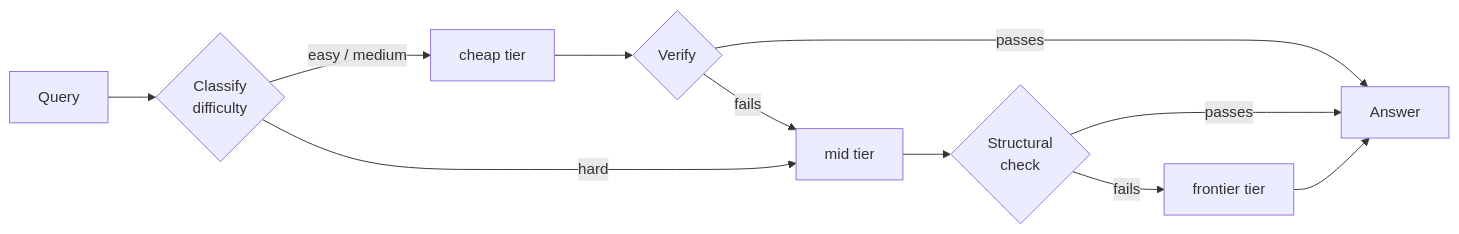
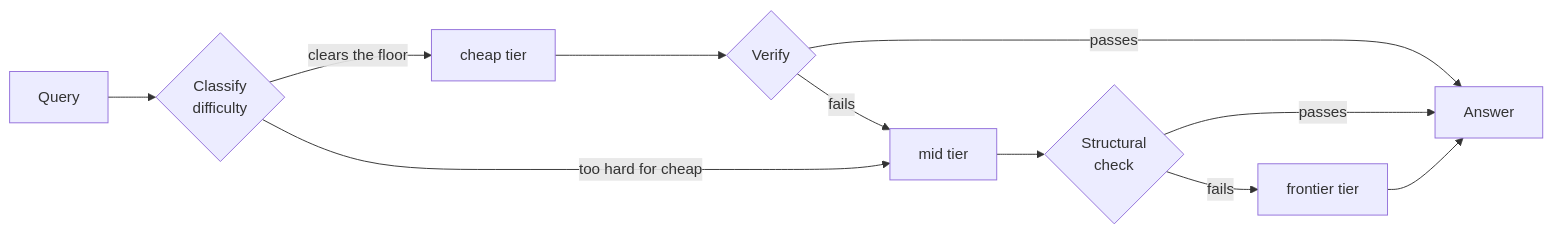
The first of 2 diagrams in README.md (AnshumanDas001/llm-router), drawn with Mermaid before and after one commit. The commit also changed other lines of this file and 9 other files, not shown here.

````diff
--- a/README.md
+++ b/README.md
@@ -145,13 +160,13 @@
 ```mermaid
 flowchart LR
     Q[Query] --> C{Classify<br/>difficulty}
-    C -->|easy / medium| CH[cheap tier]
-    C -->|hard| MID[mid tier]
+    C -->|clears the floor| CH[cheap tier]
+    C -->|too hard for cheap| MID[mid tier]
     CH --> V{Verify}
     V -->|passes| OUT[Answer]
     V -->|fails| MID
     MID --> V2{Structural<br/>check}
     V2 -->|passes| OUT
     V2 -->|fails| FR[frontier tier]
     FR --> OUT
 ```
````
